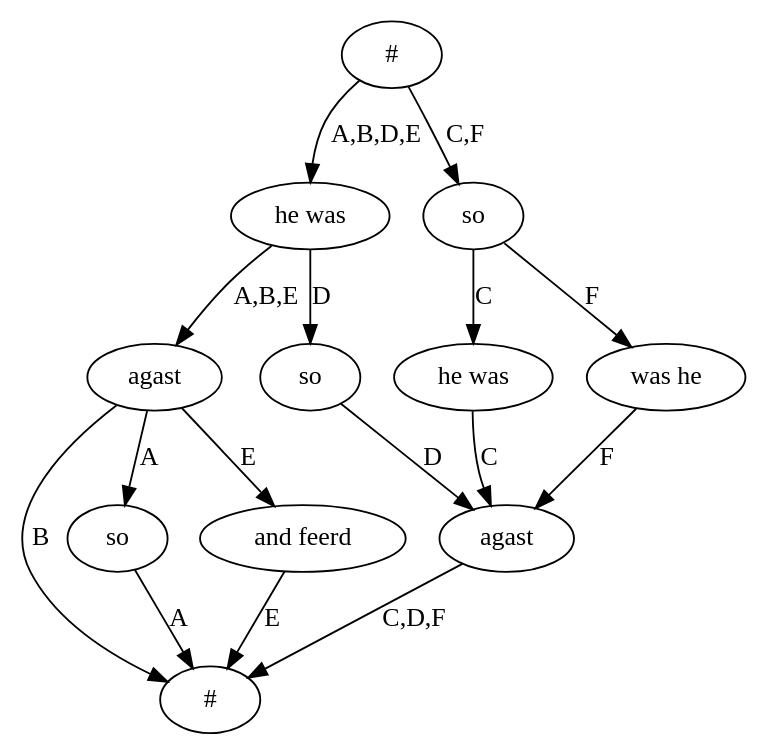
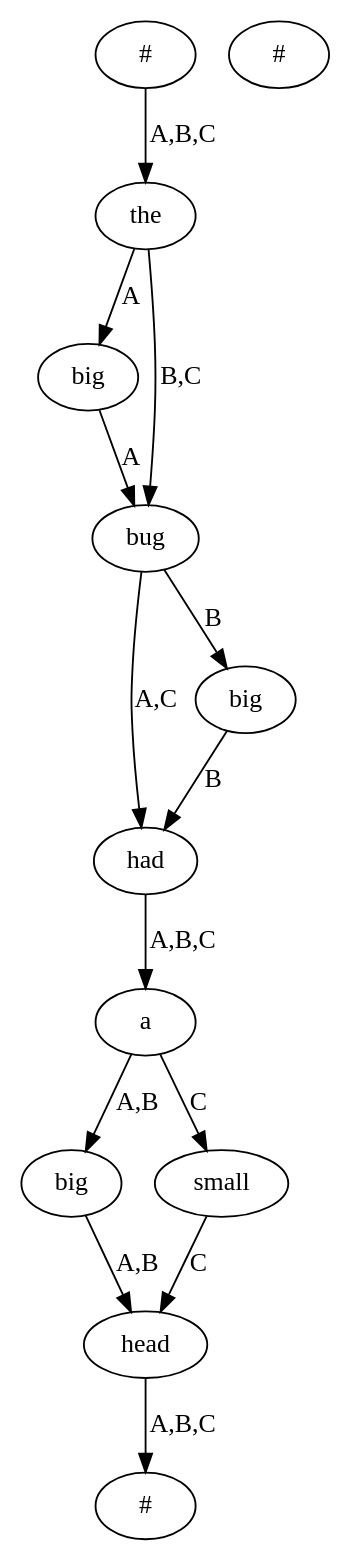
Before and after one commit to interedition/collatex: the diagram in collatex-web/src/main/ruby/input.dot, drawn with Graphviz. The commit also changed 7 other files, not shown here.

Commit message:
[BB] Generate cyclic graph to visualize transpositions

```diff
--- a/collatex-web/src/main/ruby/input.dot
+++ b/collatex-web/src/main/ruby/input.dot
@@ -1,28 +1,27 @@
 digraph G {
-  184 [label = "#"];
-  185 [label = "#"];
-  186 [label = "he was"];
-  187 [label = "agast"];
-  188 [label = "so"];
-  189 [label = "and feerd"];
-  190 [label = "so"];
-  191 [label = "agast"];
-  192 [label = "so"];
-  193 [label = "he was"];
-  194 [label = "was he"];
-  184 -> 186 [label = "A,B,D,E"];
-  186 -> 187 [label = "A,B,E"];
-  187 -> 188 [label = "A"];
-  188 -> 185 [label = "A"];
-  187 -> 185 [label = "B"];
-  187 -> 189 [label = "E"];
-  189 -> 185 [label = "E"];
-  186 -> 190 [label = "D"];
-  190 -> 191 [label = "D"];
-  191 -> 185 [label = "C,D,F"];
-  184 -> 192 [label = "C,F"];
-  192 -> 193 [label = "C"];
-  193 -> 191 [label = "C"];
-  192 -> 194 [label = "F"];
-  194 -> 191 [label = "F"];
+  356 [label = "#"];
+  357 [label = "#"];
+  358 [label = "the"];
+  359 [label = "big"];
+  360 [label = "bug"];
+  361 [label = "had"];
+  362 [label = "a"];
+  363 [label = "big"];
+  364 [label = "head"];
+  365 [label = "#"];
+  366 [label = "small"];
+  367 [label = "big"];
+  356 -> 358 [label = "A,B,C"];
+  358 -> 359 [label = "A"];
+  359 -> 360 [label = "A"];
+  360 -> 361 [label = "A,C"];
+  361 -> 362 [label = "A,B,C"];
+  362 -> 363 [label = "A,B"];
+  363 -> 364 [label = "A,B"];
+  364 -> 365 [label = "A,B,C"];
+  362 -> 366 [label = "C"];
+  366 -> 364 [label = "C"];
+  360 -> 367 [label = "B"];
+  367 -> 361 [label = "B"];
+  358 -> 360 [label = "B,C"];
 }
```
